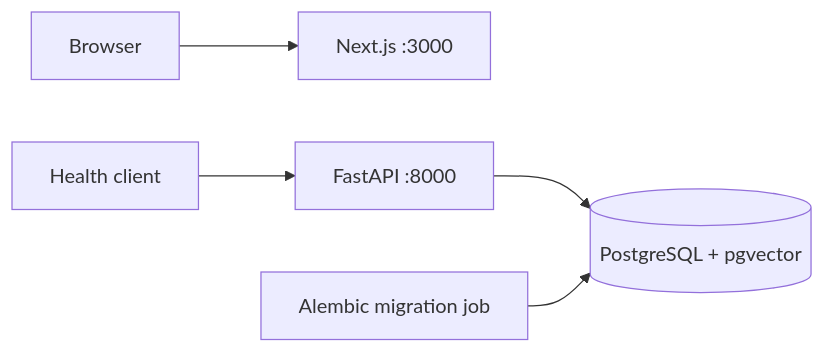
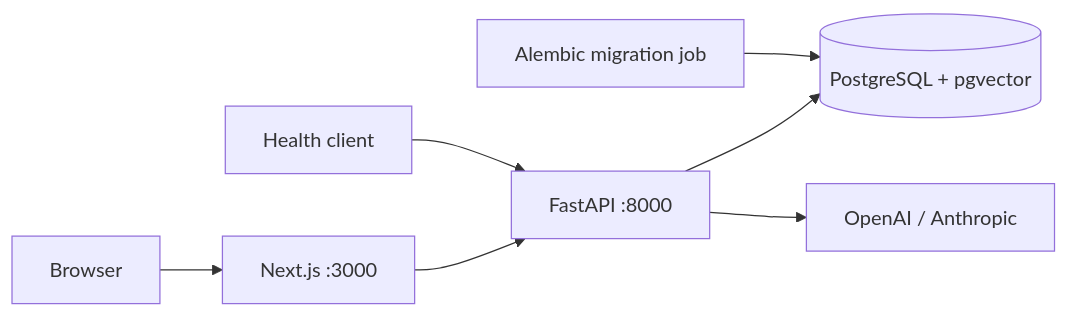
Before and after one commit to ThibaultLeveau/career-ai-agent: the diagram in docs/architecture.md, drawn with Mermaid. The commit also changed other lines of this file and 46 other files, not shown here.

````diff
--- a/docs/architecture.md
+++ b/docs/architecture.md
@@ -14,7 +14,9 @@
 ```mermaid
 flowchart LR
     Browser --> Web[Next.js :3000]
+    Web --> API[FastAPI :8000]
     HealthClient[Health client] --> API[FastAPI :8000]
     API --> DB[(PostgreSQL + pgvector)]
+    API --> Providers[OpenAI / Anthropic]
     Migration[Alembic migration job] --> DB
 ```
````
